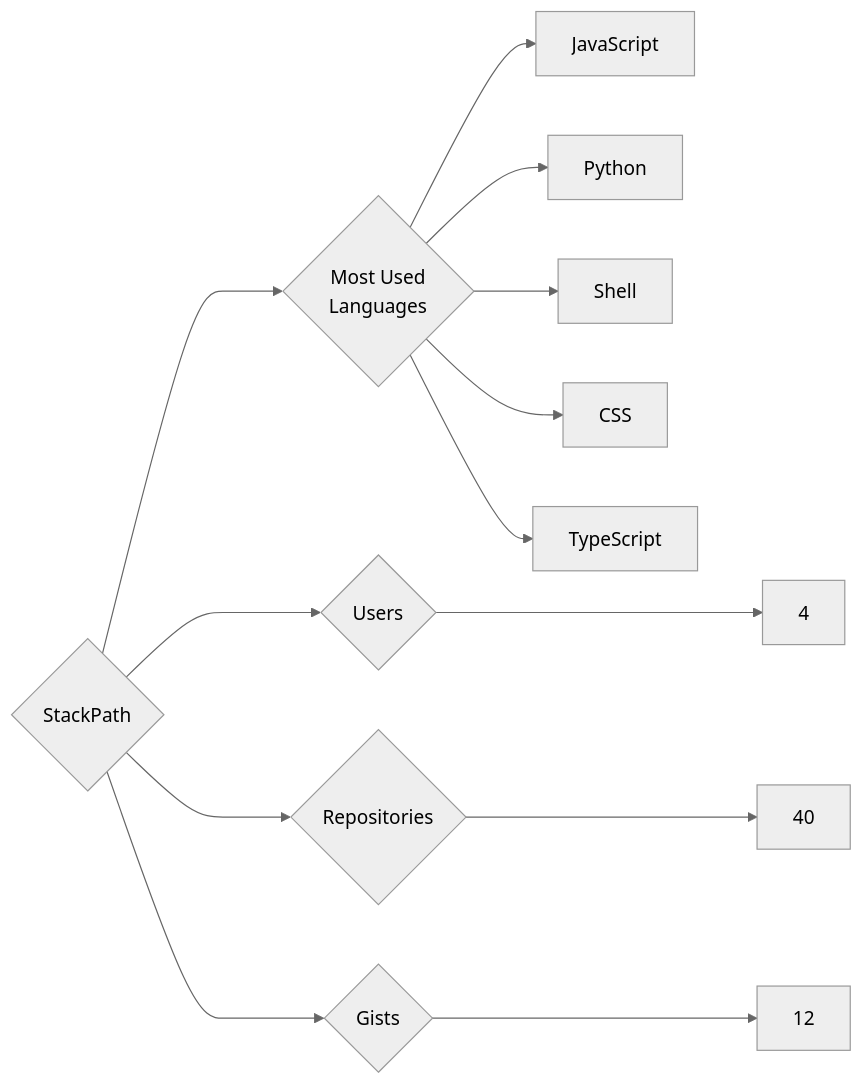
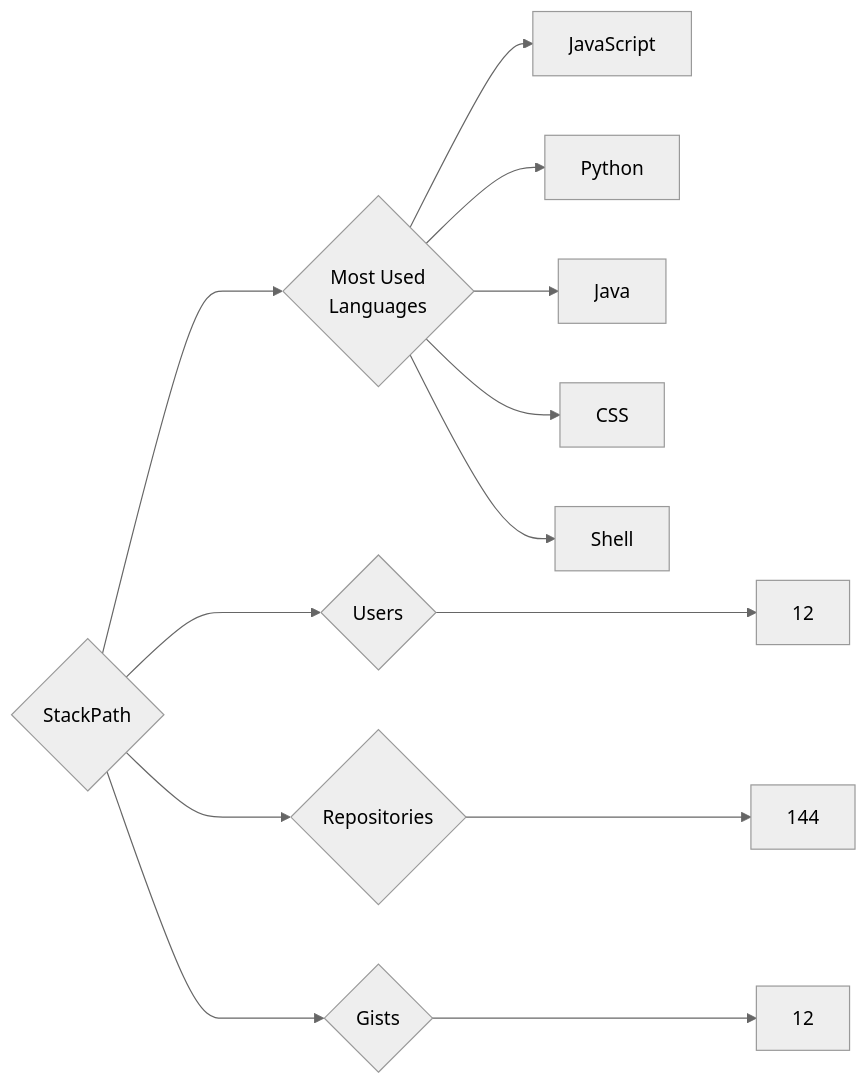
Before and after one commit to trickest/insiders: the diagram in targets/StackPath/README.md, drawn with Mermaid (neutral theme). The commit also changed 895 other files, not shown here.

````diff
--- a/targets/StackPath/README.md
+++ b/targets/StackPath/README.md
@@ -3,13 +3,13 @@
 ```mermaid
 graph LR
 COMPANY_NAME{StackPath}
-COMPANY_NAME ---> U{Users} ---> UN[4]
-COMPANY_NAME ---> R{Repositories} ---> RN[40]
+COMPANY_NAME ---> U{Users} ---> UN[12]
+COMPANY_NAME ---> R{Repositories} ---> RN[144]
 COMPANY_NAME ---> G{Gists} ---> GN[12]
 COMPANY_NAME ---> ML{Most Used<br>Languages}
 ML --> JavaScript[JavaScript]
 ML --> Python[Python]
+ML --> Java[Java]
+ML --> CSS[CSS]
 ML --> Shell[Shell]
-ML --> CSS[CSS]
-ML --> TypeScript[TypeScript]
 ```
````
